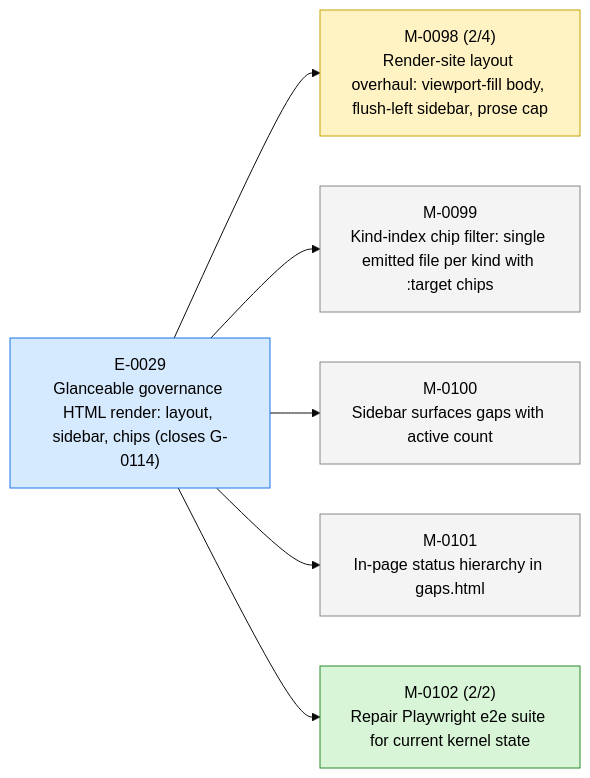
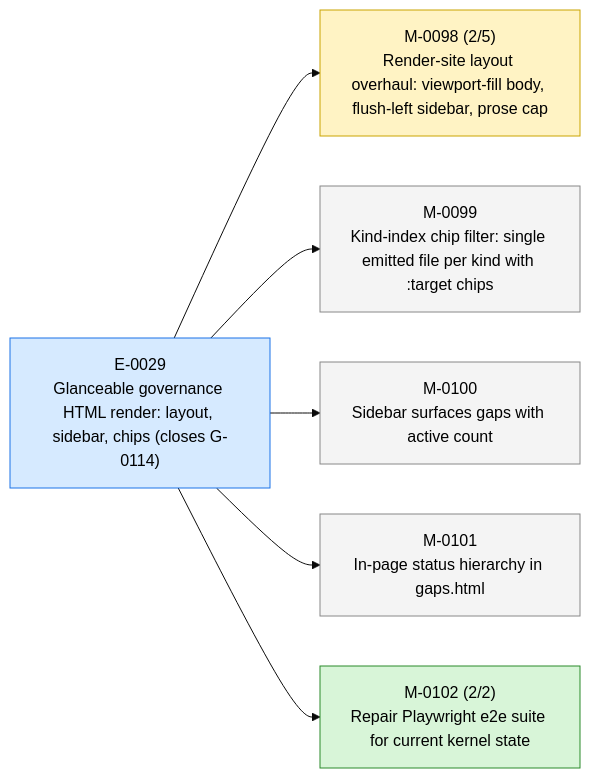
One commit to 23min/aiwf changed the first of 3 diagrams in STATUS.md. Above: the diagram before and after it, drawn with Mermaid (base theme). The commit also changed other lines of this file and 1 other file, not shown here.

````diff
--- a/STATUS.md
+++ b/STATUS.md
@@ -17,20 +17,20 @@
 ```mermaid
 flowchart LR
   E_0029["E-0029<br/>Glanceable governance HTML render: layout, sidebar, chips (closes G-0114)"]:::epic_active
-  M_0098["M-0098 (2/4)<br/>Render-site layout overhaul: viewport-fill body, flush-left sidebar, prose cap"]:::ms_in_progress
+  M_0098["M-0098 (2/5)<br/>Render-site layout overhaul: viewport-fill body, flush-left sidebar, prose cap"]:::ms_in_progress
   E_0029 --> M_0098
   M_0099["M-0099<br/>Kind-index chip filter: single emitted file per kind with :target chips"]:::ms_draft
   E_0029 --> M_0099
   M_0100["M-0100<br/>Sidebar surfaces gaps with active count"]:::ms_draft
   E_0029 --> M_0100
   M_0101["M-0101<br/>In-page status hierarchy in gaps.html"]:::ms_draft
   E_0029 --> M_0101
   M_0102["M-0102 (2/2)<br/>Repair Playwright e2e suite for current kernel state"]:::ms_done
   E_0029 --> M_0102
   classDef epic_active fill:#d6eaff,stroke:#1a73e8,color:#000
   classDef epic_proposed fill:#f4f4f4,stroke:#888,color:#000
   classDef ms_done fill:#d8f5d8,stroke:#2a8a2a,color:#000
   classDef ms_in_progress fill:#fff3c4,stroke:#caa400,color:#000
   classDef ms_draft fill:#f4f4f4,stroke:#888,color:#000
   classDef ms_cancelled fill:#fbeaea,stroke:#c33,color:#000
 ```
````
